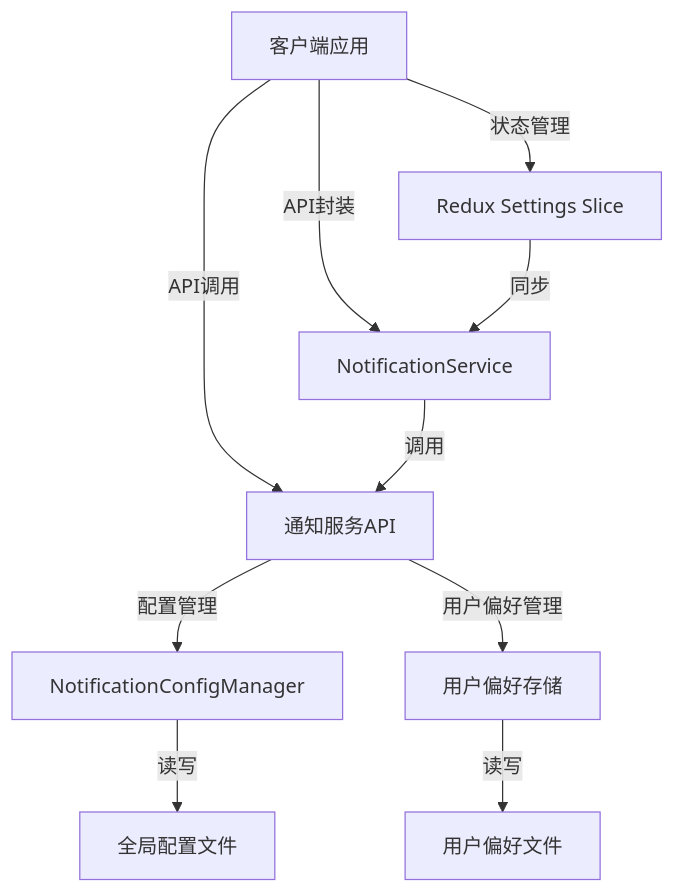
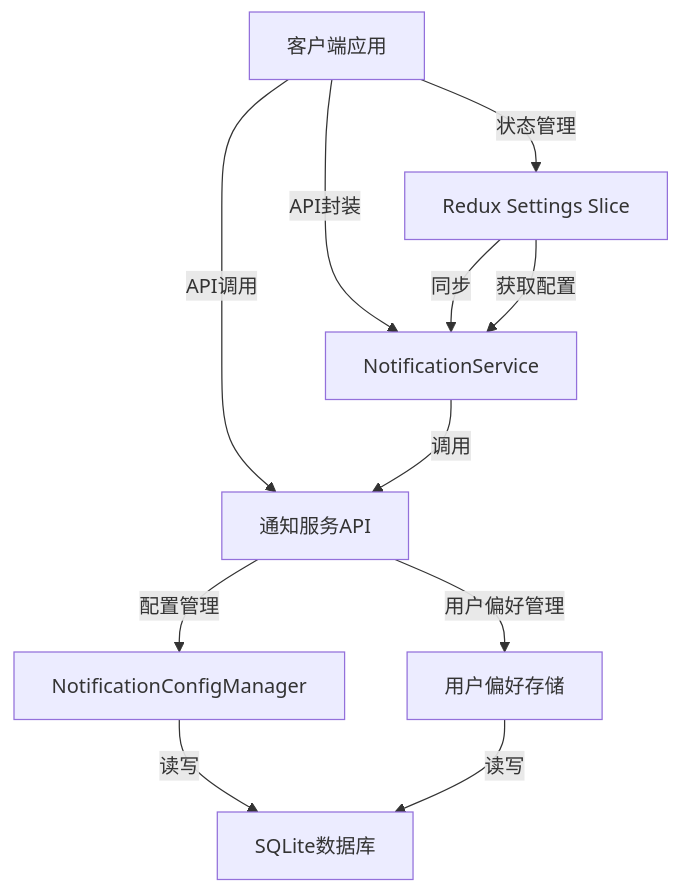
The diagram in docs/notification-system.md (AI-LQ123/Trae-case1), drawn with Mermaid before and after one commit. The commit also changed other lines of this file and 10 other files, not shown here.

````diff
--- a/docs/notification-system.md
+++ b/docs/notification-system.md
@@ -16,12 +16,13 @@
 ```mermaid
 flowchart TD
     A[客户端应用] -->|API调用| B[通知服务API]
     B -->|配置管理| C[NotificationConfigManager]
     B -->|用户偏好管理| D[用户偏好存储]
-    C -->|读写| E[全局配置文件]
-    D -->|读写| F[用户偏好文件]
+    C -->|读写| E[SQLite数据库]
+    D -->|读写| E
     A -->|状态管理| G[Redux Settings Slice]
     A -->|API封装| H[NotificationService]
     G -->|同步| H
     H -->|调用| B
+    G -->|获取配置| H
 ```
````
